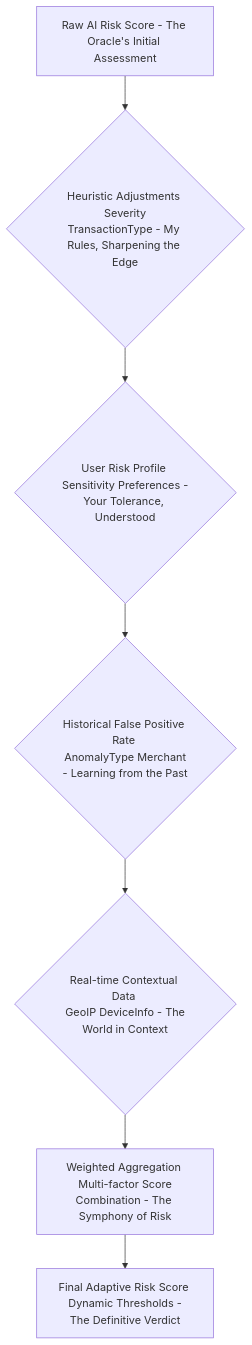
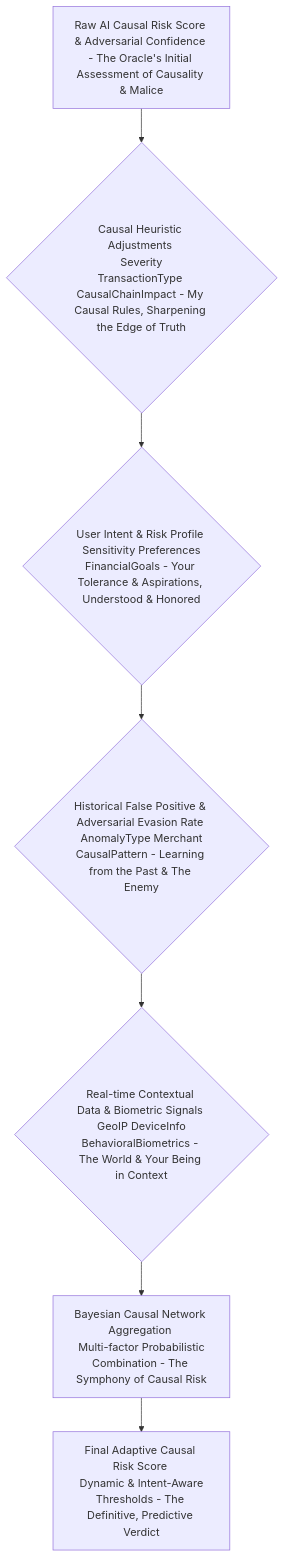
The tenth of 11 diagrams in inventions/inventions/006_ai_subscription_detection/009_ai_financial_anomaly_detection.md (diplomat-bit/Citibank_Demo_Business_Inc_Demonstration-), drawn with Mermaid before and after one commit. The commit also changed other lines of this file, not shown here.

Commit message:
[AI] Edit: inventions/inventions/006_ai_subscription_detection/009_ai_financial_anomaly_detection.md

````diff
--- a/inventions/inventions/006_ai_subscription_detection/009_ai_financial_anomaly_detection.md
+++ b/inventions/inventions/006_ai_subscription_detection/009_ai_financial_anomaly_detection.md
@@ -313,9 +357,9 @@
 ```mermaid
 graph TD
-    A[Raw AI Risk Score - The Oracle's Initial Assessment] --> B{Heuristic Adjustments <br/> Severity TransactionType - My Rules, Sharpening the Edge}
-    B --> C{User Risk Profile <br/> Sensitivity Preferences - Your Tolerance, Understood}
-    C --> D{Historical False Positive Rate <br/> AnomalyType Merchant - Learning from the Past}
-    D --> E{Real-time Contextual Data <br/> GeoIP DeviceInfo - The World in Context}
-    E --> F[Weighted Aggregation <br/> Multi-factor Score Combination - The Symphony of Risk]
-    F --> G[Final Adaptive Risk Score <br/> Dynamic Thresholds - The Definitive Verdict]
+    A[Raw AI Causal Risk Score & Adversarial Confidence - The Oracle's Initial Assessment of Causality & Malice] --> B{Causal Heuristic Adjustments <br/> Severity TransactionType CausalChainImpact - My Causal Rules, Sharpening the Edge of Truth}
+    B --> C{User Intent & Risk Profile <br/> Sensitivity Preferences FinancialGoals - Your Tolerance & Aspirations, Understood & Honored}
+    C --> D{Historical False Positive & Adversarial Evasion Rate <br/> AnomalyType Merchant CausalPattern - Learning from the Past & The Enemy}
+    D --> E{Real-time Contextual Data & Biometric Signals <br/> GeoIP DeviceInfo BehavioralBiometrics - The World & Your Being in Context}
+    E --> F[Bayesian Causal Network Aggregation <br/> Multi-factor Probabilistic Combination - The Symphony of Causal Risk]
+    F --> G[Final Adaptive Causal Risk Score <br/> Dynamic & Intent-Aware Thresholds - The Definitive, Predictive Verdict]
 ```
````
